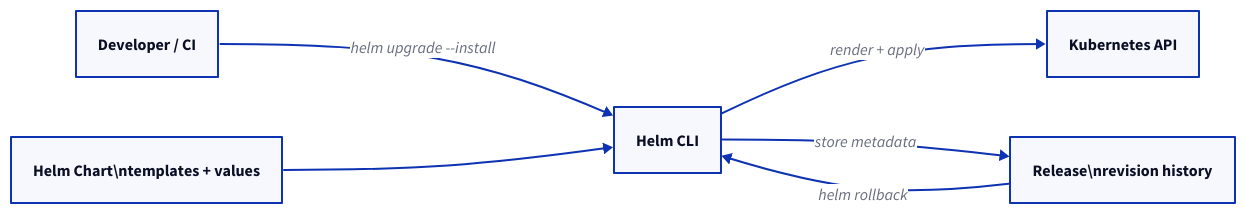
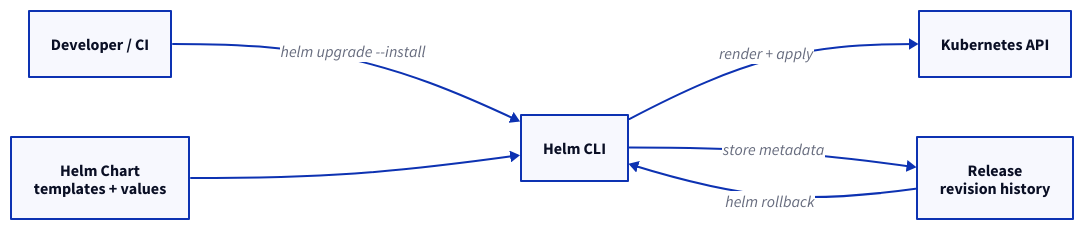
One commit to rebash-rebash/rebash-academy changed the diagram in docs/kubernetes/helm-package-management.md. Above: the diagram before and after it, drawn with D2. The commit also changed other lines of this file and 177 other files, not shown here.

First line of the commit message:
Ship Terraform track, diagram polish, and new brand favicon.

````diff
--- a/docs/kubernetes/helm-package-management.md
+++ b/docs/kubernetes/helm-package-management.md
@@ -57,14 +57,14 @@
 ```d2
 direction: right
 
 DEV: "Developer / CI"
-    CHART: "Helm Chart\\ntemplates + values"
+    CHART: "Helm Chart\ntemplates + values"
     HELM: "Helm CLI"
     API: "Kubernetes API"
-    REL: "Release\\nrevision history"
+    REL: "Release\nrevision history"
     DEV -> HELM: "helm upgrade --install"
     CHART -> HELM
     HELM -> API: "render + apply"
     HELM -> REL: "store metadata"
     REL -> HELM: "helm rollback"
 ```
````
